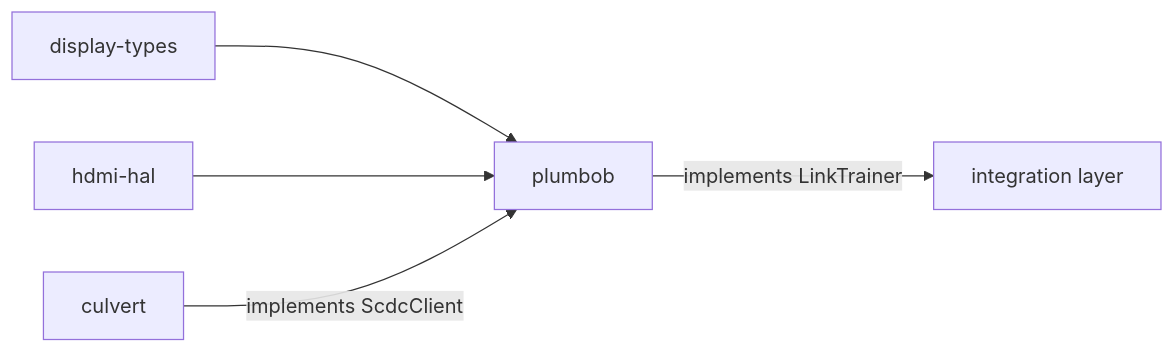
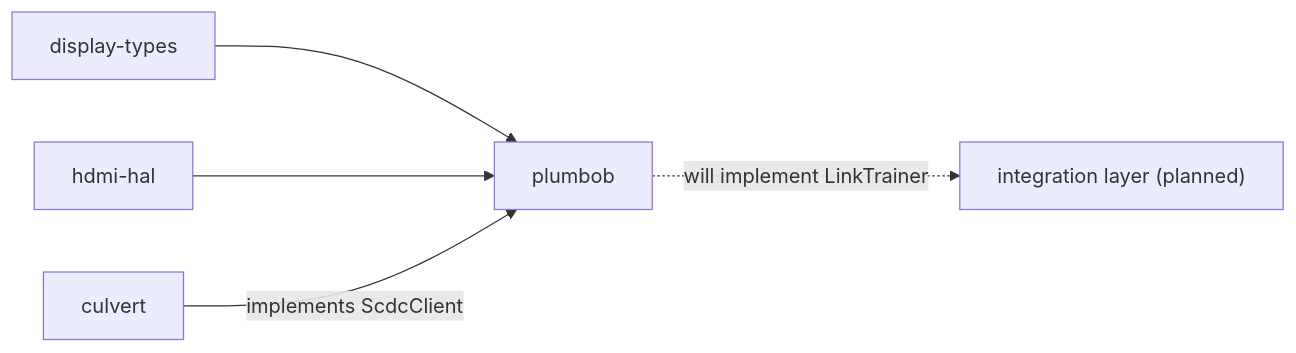
The second of 2 diagrams in README.md (DracoWhitefire/plumbob), drawn with Mermaid before and after one commit. The commit also changed other lines of this file and 21 other files, not shown here.

````diff
--- a/README.md
+++ b/README.md
@@ -210,13 +295,13 @@
 ```mermaid
 flowchart LR
     dt["display-types"]
     hal["hdmi-hal"]
     culvert["culvert"]
     plumbob["plumbob"]
-    integration["integration layer"]
+    integration["integration layer (planned)"]
 
     dt --> plumbob
     hal --> plumbob
     culvert -->|"implements ScdcClient"| plumbob
-    plumbob -->|"implements LinkTrainer"| integration
+    plumbob -.->|"will implement LinkTrainer"| integration
 ```
````
